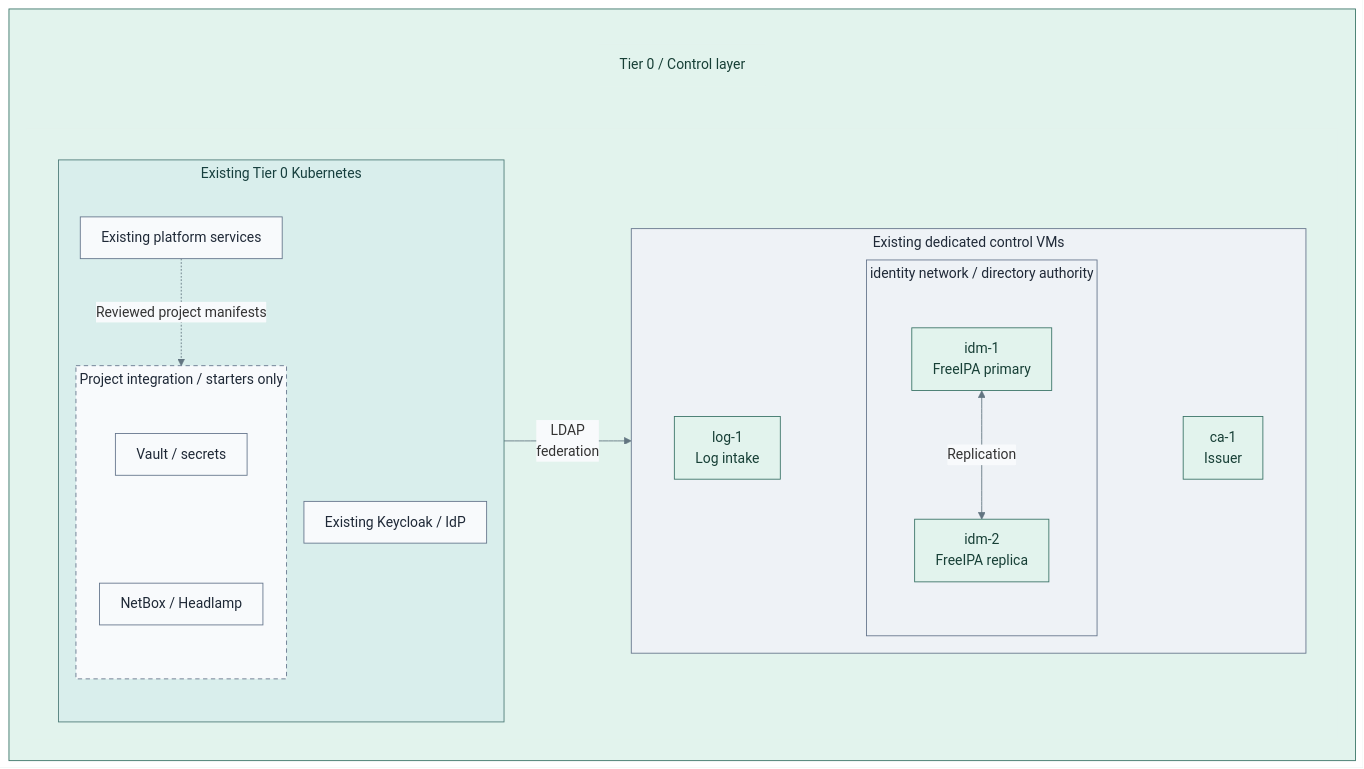
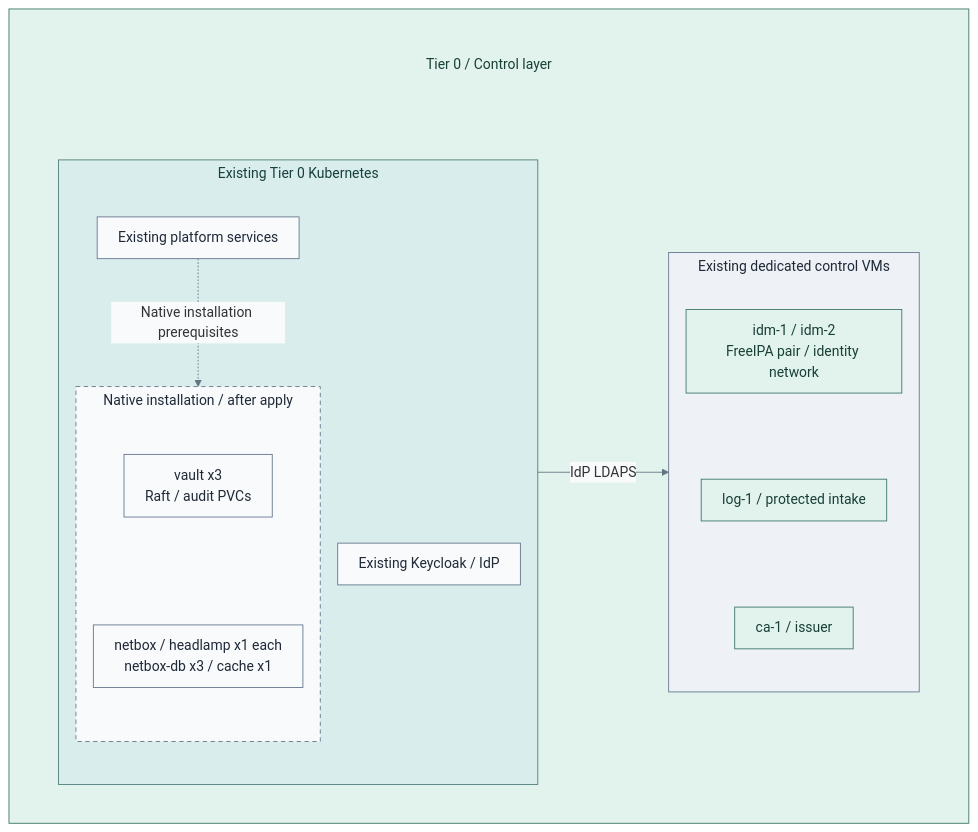
Before and after one commit to Rexus/homelab: the diagram in docs/deployment/stage-6-secrets/README.md, drawn with Mermaid. The commit also changed other lines of this file and 353 other files, not shown here.

````diff
--- a/docs/deployment/stage-6-secrets/README.md
+++ b/docs/deployment/stage-6-secrets/README.md
@@ -29,48 +32,43 @@
 ```mermaid
 %%{init: {"theme":"base","flowchart":{"nodeSpacing":20,"rankSpacing":24,"padding":12,"subGraphTitleMargin":{"top":4,"bottom":12}},"themeVariables":{"lineColor":"#627581","edgeLabelBackground":"#f8fafc"}}}%%
 flowchart TB
   subgraph T0[" "]
     direction TB
     T0Title["Tier 0 / Control layer"]
     subgraph Placement[" "]
       direction LR
       subgraph Cluster["Existing Tier 0 Kubernetes"]
         direction TB
         Base["Existing platform services"]
         Keycloak["Existing Keycloak / IdP"]
-        subgraph Added["Project integration / starters only"]
+        subgraph Added["Native installation / after apply"]
           direction TB
-          Vault["Vault / secrets"]
-          Ops["NetBox / Headlamp"]
+          Vault["vault x3<br/>Raft / audit PVCs"]
+          Ops["netbox / headlamp x1 each<br/>netbox-db x3 / cache x1"]
           Vault ~~~ Ops
         end
-        Base -. Reviewed project manifests .-> Added
+        Base -. Native installation prerequisites .-> Added
       end
       subgraph Existing["Existing dedicated control VMs"]
-        direction LR
-        subgraph Identity["identity network / directory authority"]
-          direction TB
-          Primary["idm-1<br/>FreeIPA primary"]
-          Replica["idm-2<br/>FreeIPA replica"]
-          Primary <-->|Replication| Replica
-        end
-        Issuer["ca-1<br/>Issuer"]
-        Log["log-1<br/>Log intake"]
-        Log ~~~ Identity ~~~ Issuer
+        direction TB
+        Identity["idm-1 / idm-2<br/>FreeIPA pair / identity network"]
+        Log["log-1 / protected intake"]
+        Issuer["ca-1 / issuer"]
+        Identity ~~~ Log ~~~ Issuer
       end
-      Cluster -->|LDAP<br/>federation| Existing
+      Cluster -->|IdP LDAPS| Existing
     end
     T0Title ~~~ Placement
   end
   classDef default fill:#f8fafc,stroke:#64748b,color:#1f2937
   classDef boundary fill:#eef2f6,stroke:#64748b,color:#1f2937
   classDef control fill:#e2f3ed,stroke:#397366,color:#173f36
   classDef controlHeading fill:#e2f3ed,stroke:#e2f3ed,color:#173f36
   classDef runtime fill:#d9eeec,stroke:#4d7b77,color:#173f3e
   classDef replicas fill:#f8fafc,stroke:#64748b,color:#1f2937,stroke-dasharray:5 4
-  class Existing,Identity boundary
-  class T0,Primary,Replica,Issuer,Log control
+  class Existing boundary
+  class T0,Identity,Issuer,Log control
   class T0Title,Placement controlHeading
   class Cluster runtime
   class Added replicas
 ```
````
